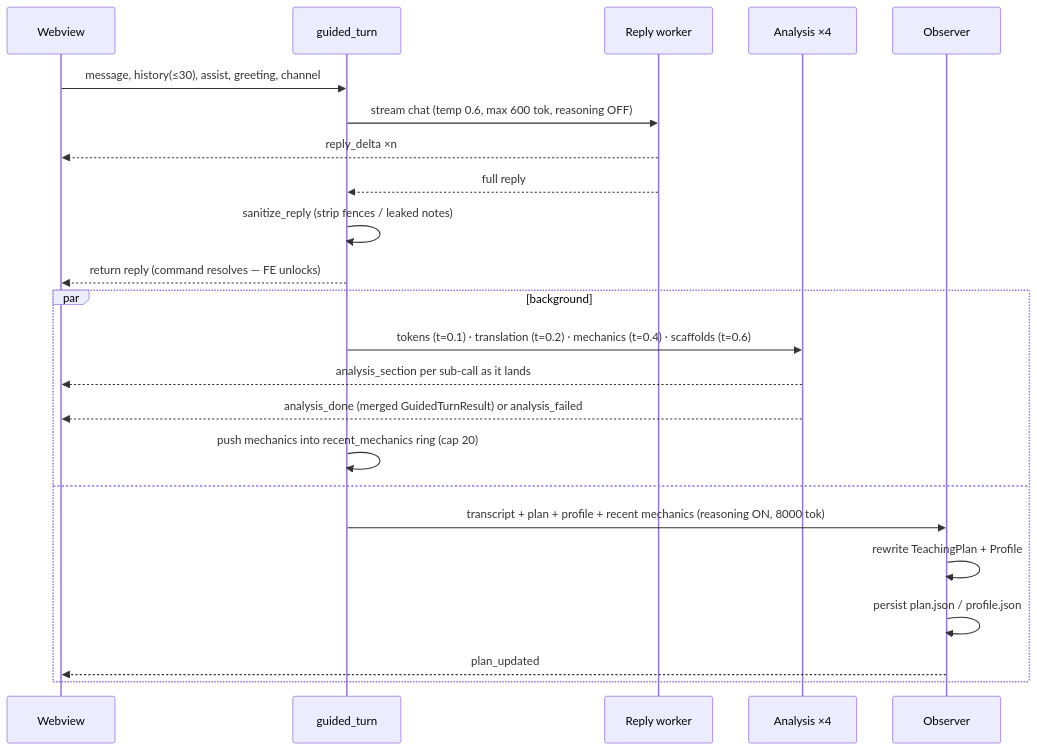
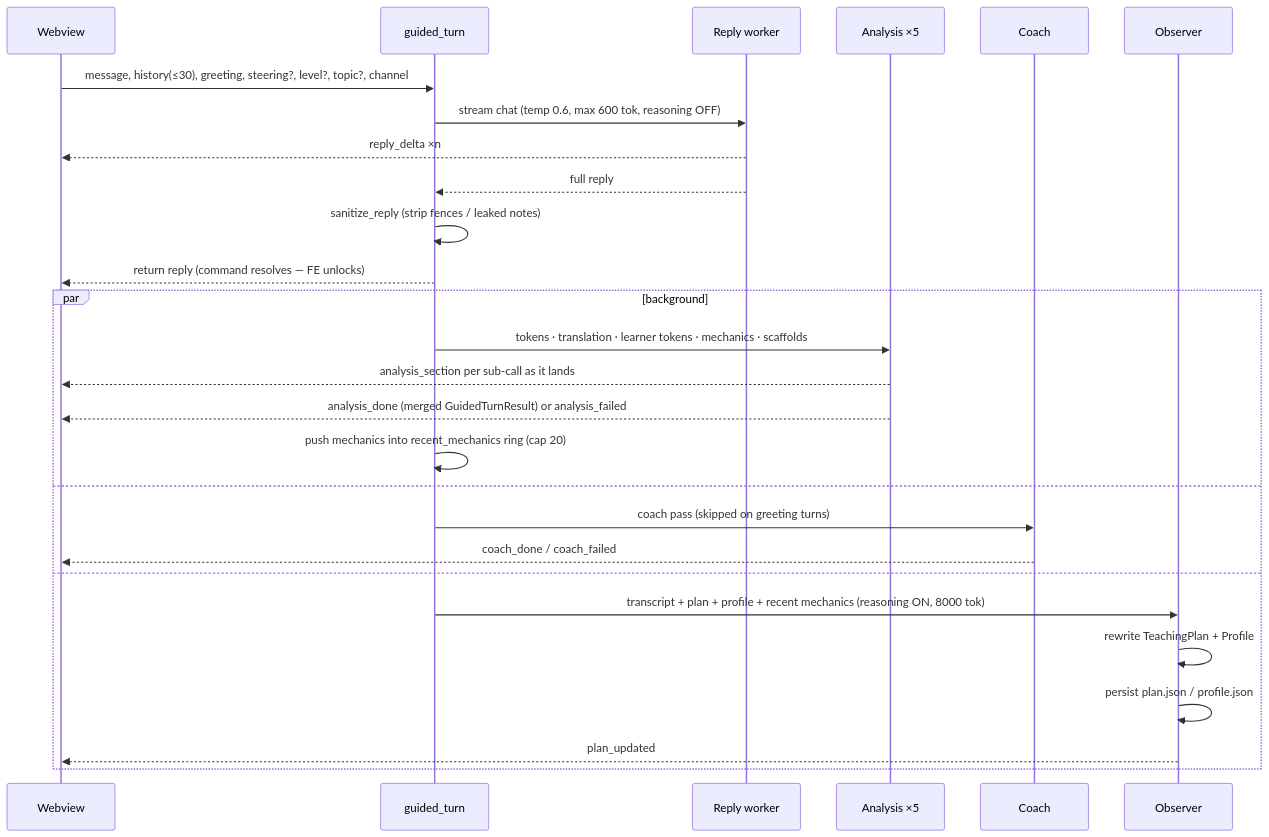
One commit to jonmatthis/glossa changed the second of 2 diagrams in glossa-docs/docs/architecture.md. Above: the diagram before and after it, drawn with Mermaid. The commit also changed other lines of this file and 38 other files, not shown here.

````diff
--- a/glossa-docs/docs/architecture.md
+++ b/glossa-docs/docs/architecture.md
@@ -96,26 +113,30 @@
 ```mermaid
 sequenceDiagram
     participant FE as Webview
     participant C as guided_turn
     participant R as Reply worker
-    participant A as Analysis ×4
+    participant A as Analysis ×5
+    participant K as Coach
     participant O as Observer
 
-    FE->>C: message, history(≤30), assist, greeting, channel
+    FE->>C: message, history(≤30), greeting, steering?, level?, topic?, channel
     C->>R: stream chat (temp 0.6, max 600 tok, reasoning OFF)
     R-->>FE: reply_delta ×n
     R-->>C: full reply
     C->>C: sanitize_reply (strip fences / leaked notes)
     C-->>FE: return reply (command resolves — FE unlocks)
     par background
-        C->>A: tokens (t=0.1) · translation (t=0.2) · mechanics (t=0.4) · scaffolds (t=0.6)
+        C->>A: tokens · translation · learner tokens · mechanics · scaffolds
         A-->>FE: analysis_section per sub-call as it lands
         A-->>FE: analysis_done (merged GuidedTurnResult) or analysis_failed
         C->>C: push mechanics into recent_mechanics ring (cap 20)
+    and
+        C->>K: coach pass (skipped on greeting turns)
+        K-->>FE: coach_done / coach_failed
     and
         C->>O: transcript + plan + profile + recent mechanics (reasoning ON, 8000 tok)
         O->>O: rewrite TeachingPlan + Profile
         O->>O: persist plan.json / profile.json
         O-->>FE: plan_updated
     end
 ```
````
